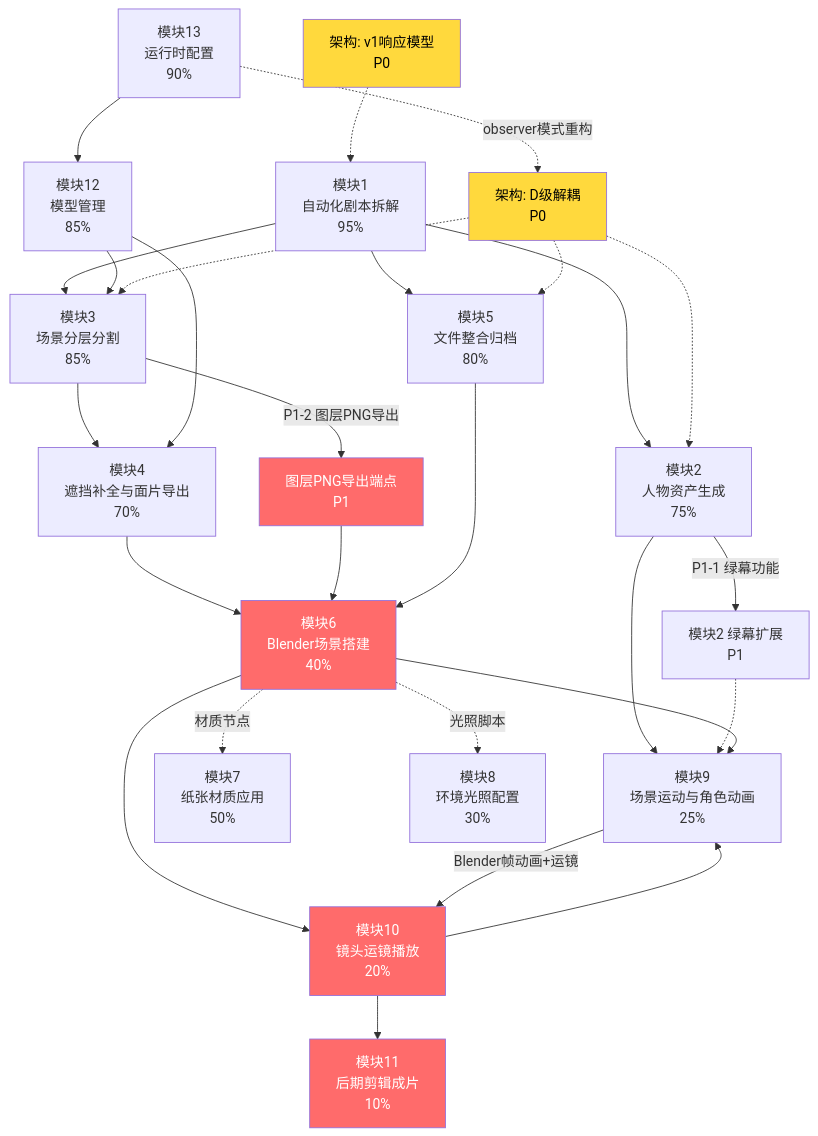
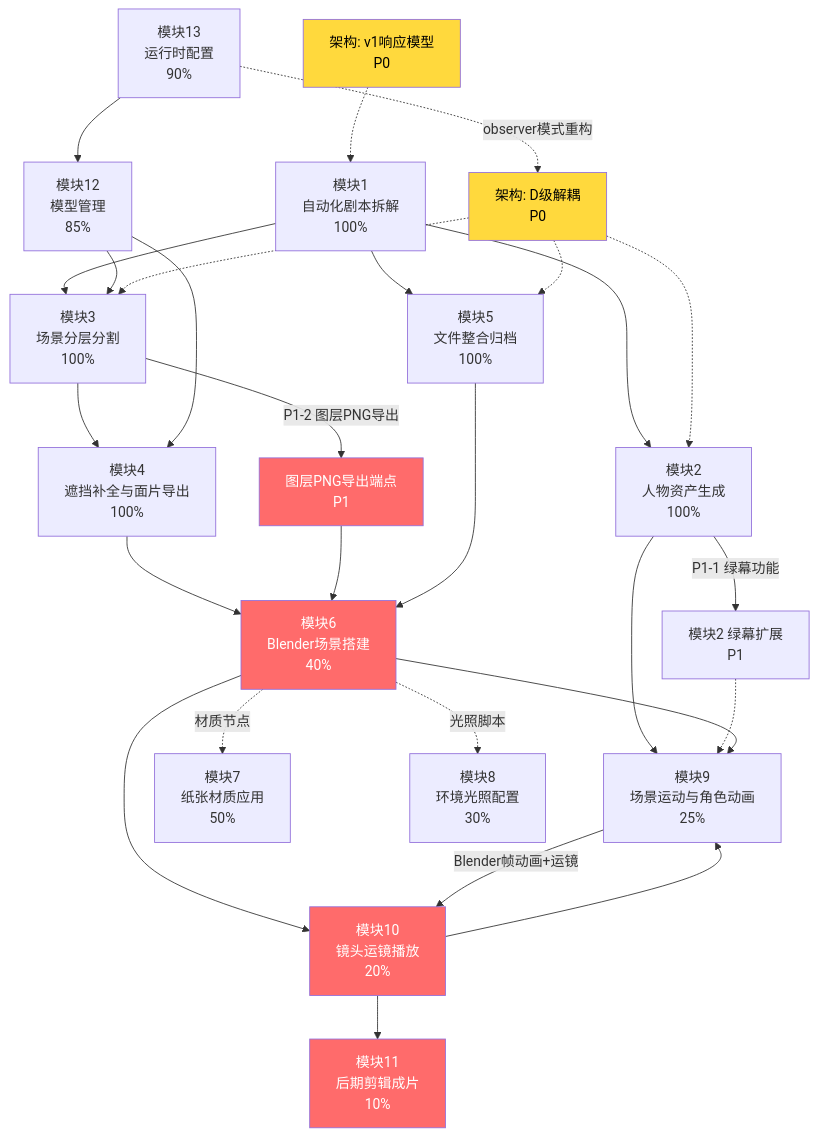
The diagram in docs/IMPLEMENTATION_PLAN.md (bakalqdsns/AI-Cinematic-Spatial-System), drawn with Mermaid before and after one commit. The commit also changed other lines of this file and 747 other files, not shown here.

````diff
--- a/docs/IMPLEMENTATION_PLAN.md
+++ b/docs/IMPLEMENTATION_PLAN.md
@@ -12,54 +20,54 @@
 ```mermaid
 flowchart TB
     %% 剧本拆解
-    M1[模块1<br/>自动化剧本拆解<br/>95%] --> M2[模块2<br/>人物资产生成<br/>75%]
-    M1 --> M3[模块3<br/>场景分层分割<br/>85%]
-    M1 --> M5[模块5<br/>文件整合归档<br/>80%]
+    M1[模块1<br/>自动化剧本拆解<br/>100%] --> M2[模块2<br/>人物资产生成<br/>100%]
+    M1 --> M3[模块3<br/>场景分层分割<br/>100%]
+    M1 --> M5[模块5<br/>文件整合归档<br/>100%]
 
     %% 人物资产生成
     M2 --> M9[模块9<br/>场景运动与角色动画<br/>25%]
     M2 -->|"P1-1 绿幕功能"| M2_1[模块2 绿幕扩展<br/>P1]
     M2_1 -.-> M9
 
     %% 场景分层
-    M3 --> M4[模块4<br/>遮挡补全与面片导出<br/>70%]
+    M3 --> M4[模块4<br/>遮挡补全与面片导出<br/>100%]
     M3 -->|"P1-2 图层PNG导出"| M3_1[图层PNG导出端点<br/>P1]
 
     %% 补全导出
     M4 --> M6[模块6<br/>Blender场景搭建<br/>40%]
 
     %% Blender插件核心
     M3_1 --> M6
     M6 --> M9
     M6 --> M10[模块10<br/>镜头运镜播放<br/>20%]
     M6 -.->|"材质节点"| M7[模块7<br/>纸张材质应用<br/>50%]
     M6 -.->|"光照脚本"| M8[模块8<br/>环境光照配置<br/>30%]
 
     %% 运镜渲染
     M10 --> M9
     M9 -->|"Blender帧动画+运镜"| M10
     M10 --> M11[模块11<br/>后期剪辑成片<br/>10%]
 
     %% 分镜归档
     M5 --> M6
 
     %% 基础设施
     M12[模块12<br/>模型管理<br/>85%] --> M3
     M12 --> M4
     M13[模块13<br/>运行时配置<br/>90%] --> M12
     M13 -.->|"observer模式重构"| ARCH1[架构: D级解耦<br/>P0]
     ARCH1 -.-> M5
     ARCH1 -.-> M3
     ARCH1 -.-> M2
 
     %% 协议改进
     ARCH2[架构: v1响应模型<br/>P0] -.-> M1
 
     %% 标注关键路径
     style M3_1 fill:#ff6b6b,color:#fff
     style M6 fill:#ff6b6b,color:#fff
     style M10 fill:#ff6b6b,color:#fff
     style M11 fill:#ff6b6b,color:#fff
     style ARCH1 fill:#ffd93d,color:#000
     style ARCH2 fill:#ffd93d,color:#000
 ```
````
